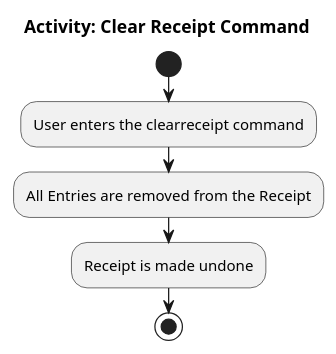
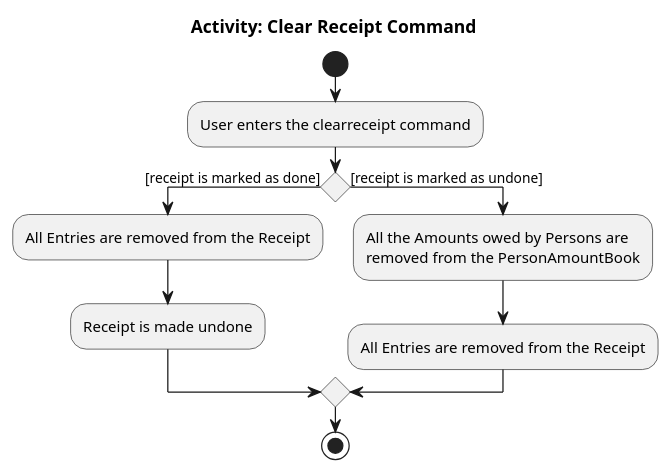
One commit to nus-cs2103-AY1920S2/addressbook-level3 changed the diagram in docs/diagrams/ExpenseSplitterClearReceiptCommandActivityDiagram.puml. Above: the diagram before and after it, drawn with PlantUML. The commit also changed 7 other files, not shown here.

Commit message:
Updated AddItemCommand, DeleteItemCommand and ClearReceiptCommand Class Diagrams. Updated ClearReceiptCommand Sequence and Activity Diagrams

```diff
--- a/docs/diagrams/ExpenseSplitterClearReceiptCommandActivityDiagram.puml
+++ b/docs/diagrams/ExpenseSplitterClearReceiptCommandActivityDiagram.puml
@@ -1,13 +1,20 @@
 @startuml
 /' @author @ailanthustng'/
 title Activity: Clear Receipt Command
 
 start
 :User enters the clearreceipt command;
 
-:All Entries are removed from the Receipt;
+if () then ([receipt is marked as done])
+    :All Entries are removed from the Receipt;
 
-:Receipt is made undone;
+    :Receipt is made undone;
+else ([receipt is marked as undone])
+    :All the Amounts owed by Persons are
+    removed from the PersonAmountBook;
+
+    :All Entries are removed from the Receipt;
+endif
 
 stop
 @enduml
```
